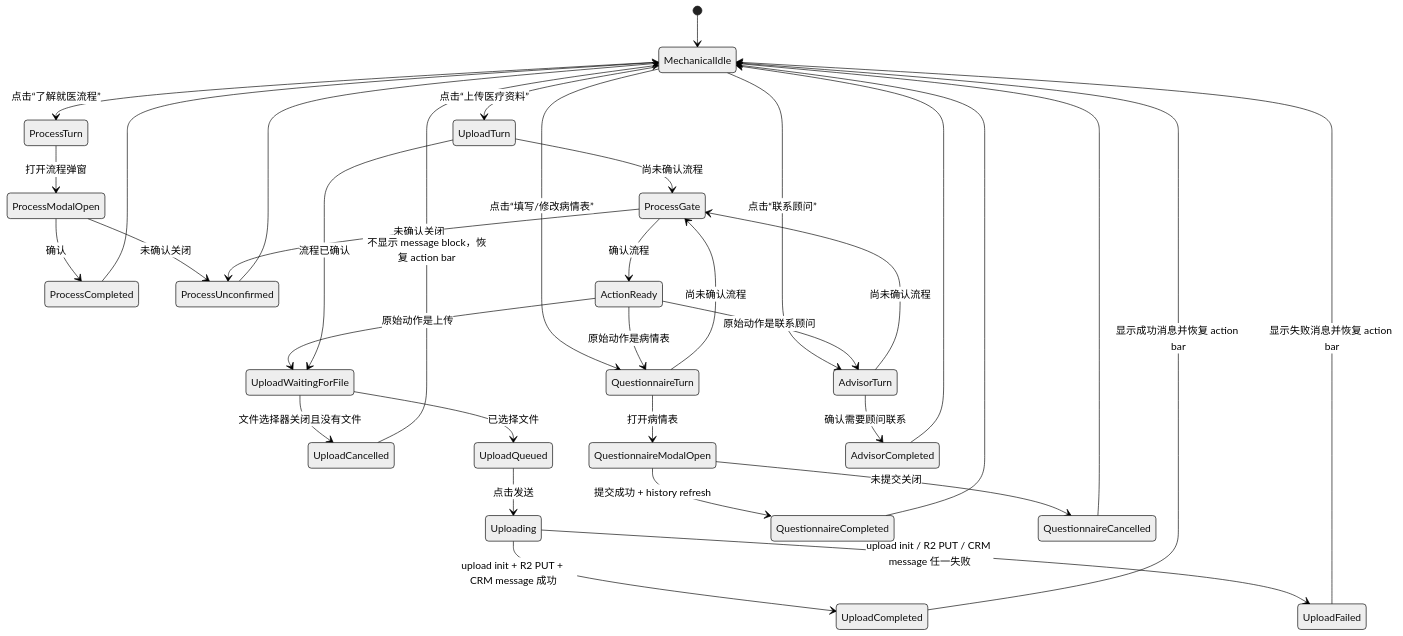
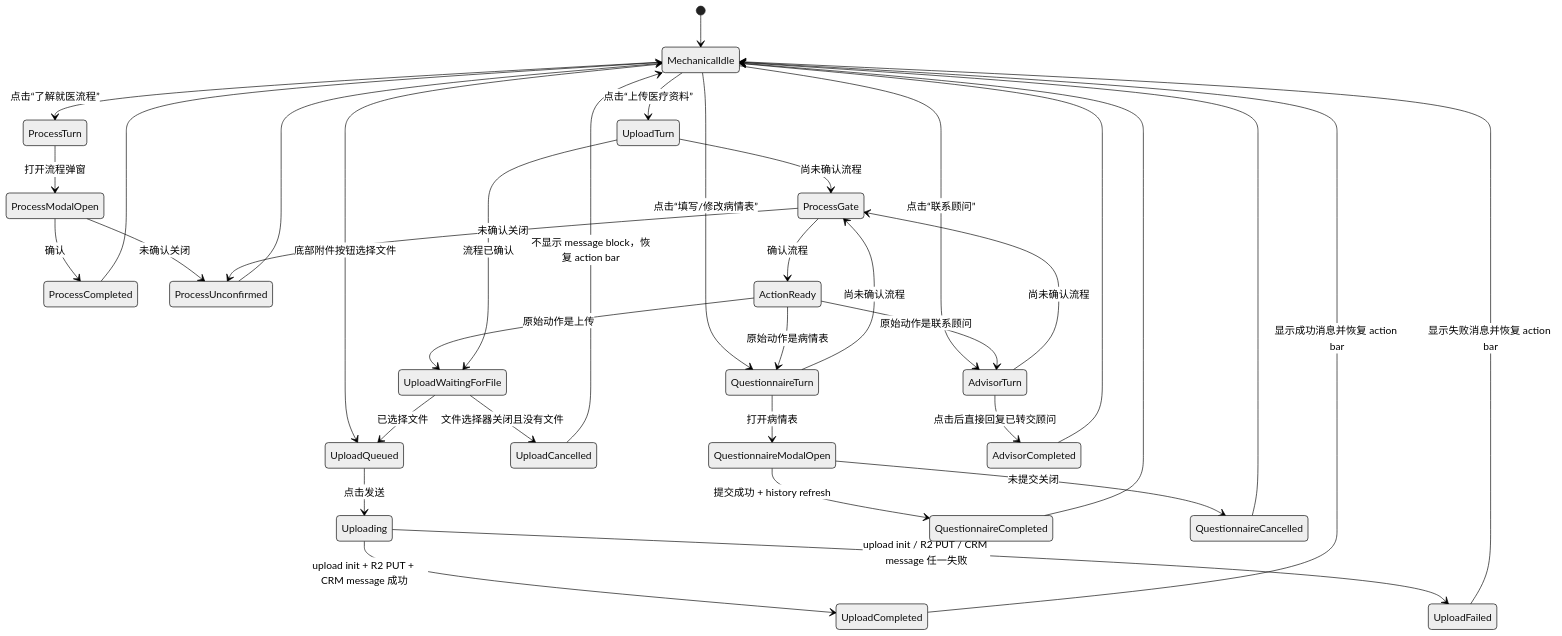
The second of 2 diagrams in docs/superpowers/specs/2026-06-02-mechanical-chat-state-machine-analysis.md (wahaHub/medicaltourismchina-platform), drawn with Mermaid (neutral theme) before and after one commit. The commit also changed other lines of this file, not shown here.

First line of the commit message:
docs(chatbot): refine mechanical state machine

````diff
--- a/docs/superpowers/specs/2026-06-02-mechanical-chat-state-machine-analysis.md
+++ b/docs/superpowers/specs/2026-06-02-mechanical-chat-state-machine-analysis.md
@@ -151,46 +96,47 @@
 ```mermaid
 stateDiagram-v2
   [*] --> MechanicalIdle
 
   MechanicalIdle --> ProcessTurn: 点击“了解就医流程”
   MechanicalIdle --> UploadTurn: 点击“上传医疗资料”
   MechanicalIdle --> AdvisorTurn: 点击“联系顾问”
   MechanicalIdle --> QuestionnaireTurn: 点击“填写/修改病情表”
+  MechanicalIdle --> UploadQueued: 底部附件按钮选择文件
 
   ProcessTurn --> ProcessModalOpen: 打开流程弹窗
   ProcessModalOpen --> ProcessCompleted: 确认
   ProcessModalOpen --> ProcessUnconfirmed: 未确认关闭
 
   UploadTurn --> ProcessGate: 尚未确认流程
   AdvisorTurn --> ProcessGate: 尚未确认流程
   QuestionnaireTurn --> ProcessGate: 尚未确认流程
 
   ProcessGate --> ActionReady: 确认流程
   ProcessGate --> ProcessUnconfirmed: 未确认关闭
 
   ActionReady --> UploadWaitingForFile: 原始动作是上传
   ActionReady --> AdvisorTurn: 原始动作是联系顾问
   ActionReady --> QuestionnaireTurn: 原始动作是病情表
 
   UploadTurn --> UploadWaitingForFile: 流程已确认
   UploadWaitingForFile --> UploadCancelled: 文件选择器关闭且没有文件
   UploadWaitingForFile --> UploadQueued: 已选择文件
   UploadQueued --> Uploading: 点击发送
   Uploading --> UploadCompleted: upload init + R2 PUT + CRM message 成功
   Uploading --> UploadFailed: upload init / R2 PUT / CRM message 任一失败
   UploadFailed --> MechanicalIdle: 显示失败消息并恢复 action bar
   UploadCompleted --> MechanicalIdle: 显示成功消息并恢复 action bar
   UploadCancelled --> MechanicalIdle: 不显示 message block，恢复 action bar
 
   QuestionnaireTurn --> QuestionnaireModalOpen: 打开病情表
   QuestionnaireModalOpen --> QuestionnaireCompleted: 提交成功 + history refresh
   QuestionnaireModalOpen --> QuestionnaireCancelled: 未提交关闭
 
-  AdvisorTurn --> AdvisorCompleted: 确认需要顾问联系
+  AdvisorTurn --> AdvisorCompleted: 点击后直接回复已转交顾问
 
   ProcessCompleted --> MechanicalIdle
   ProcessUnconfirmed --> MechanicalIdle
   QuestionnaireCompleted --> MechanicalIdle
   QuestionnaireCancelled --> MechanicalIdle
   AdvisorCompleted --> MechanicalIdle
 ```
````
